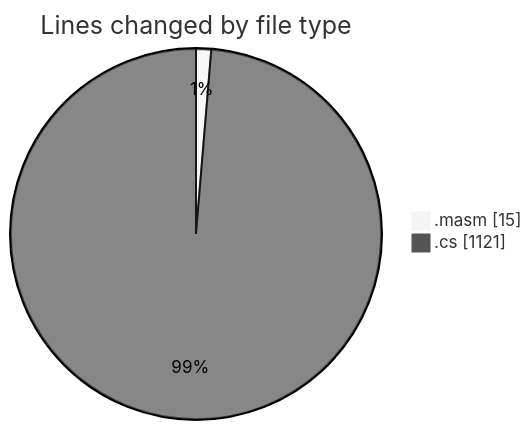
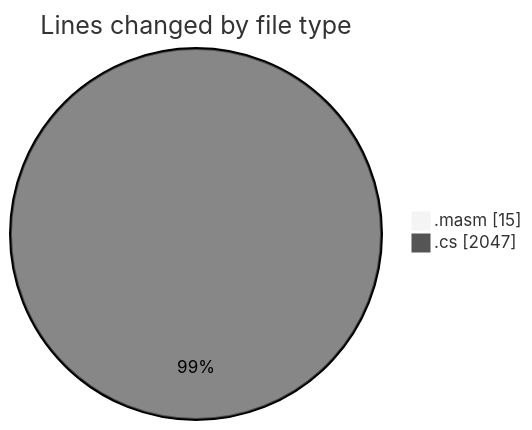
One commit to charlie-sans/code-tracking changed the first of 2 diagrams in 2025-03-18/sharpmasm/README.md. Above: the diagram before and after it, drawn with Mermaid (neutral theme). The commit also changed other lines of this file and 1 other file, not shown here.

````diff
--- a/2025-03-18/sharpmasm/README.md
+++ b/2025-03-18/sharpmasm/README.md
@@ -26,6 +28,6 @@
 ```mermaid
 pie showData
 title Lines changed by file type
 ".masm" : 15
-".cs" : 1121
+".cs" : 2047
 ```
````
